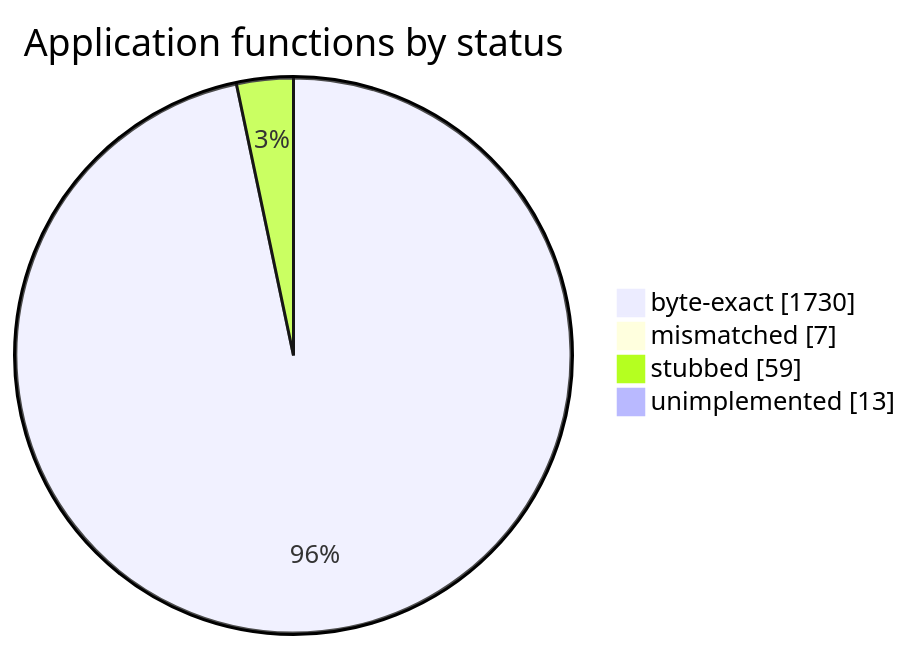
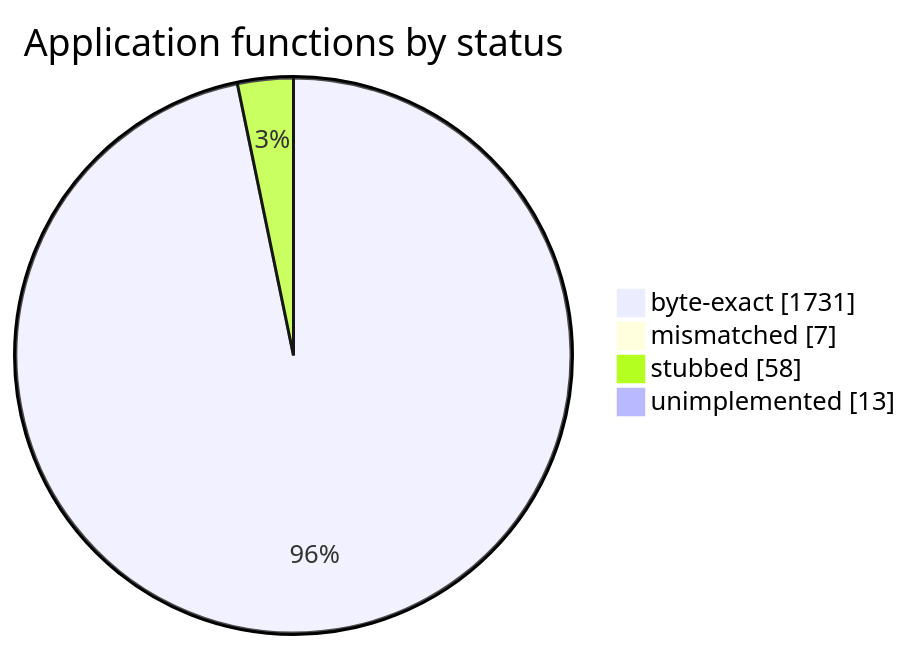
The diagram in README.md (sorokya/eos), drawn with Mermaid before and after one commit. The commit also changed other lines of this file and 1 other file, not shown here.

````diff
--- a/README.md
+++ b/README.md
@@ -154,8 +154,8 @@
 ```mermaid
 pie showData
     title Application functions by status
-    "byte-exact" : 1730
+    "byte-exact" : 1731
     "mismatched" : 7
-    "stubbed" : 59
+    "stubbed" : 58
     "unimplemented" : 13
 ```
````
